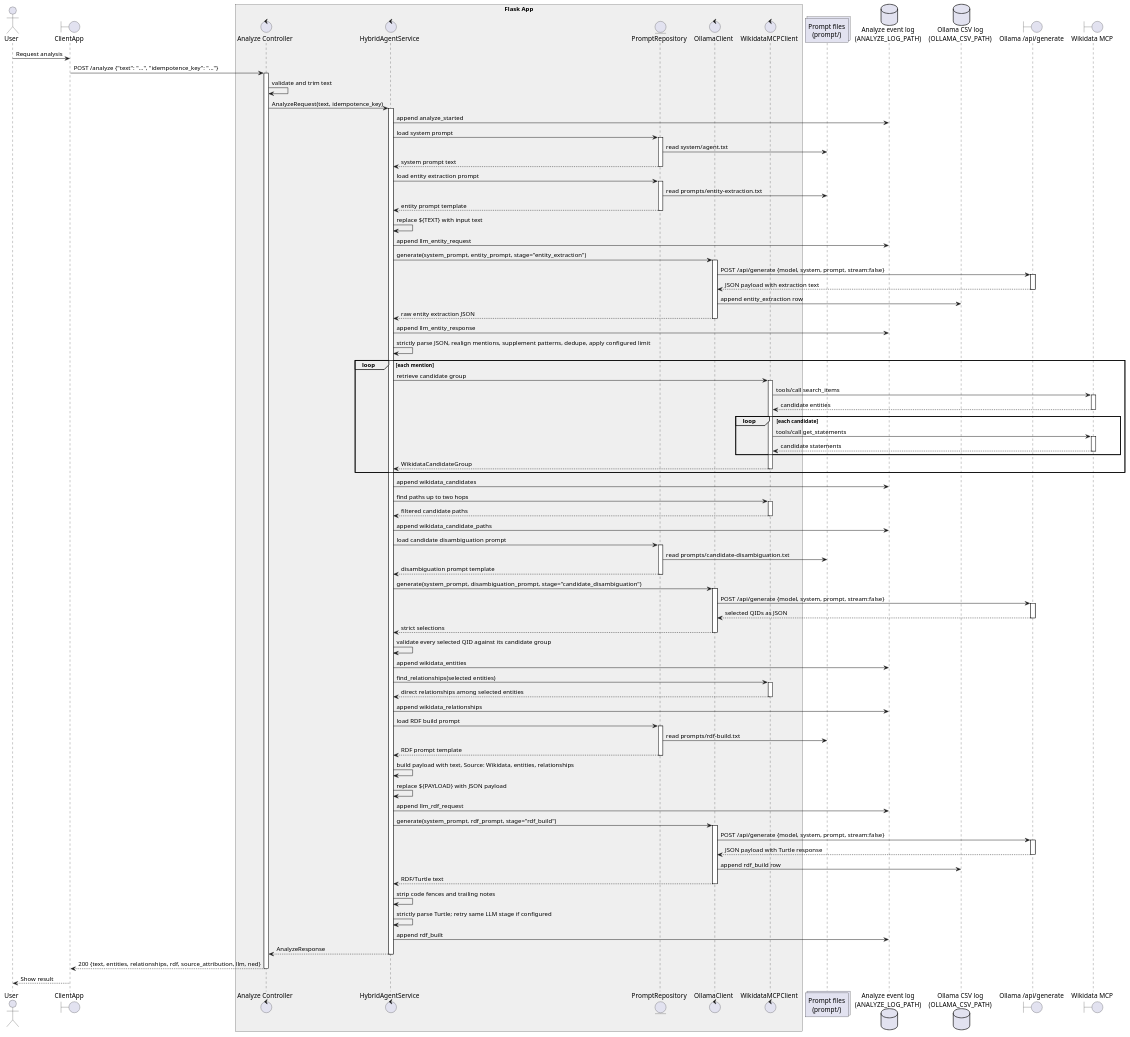
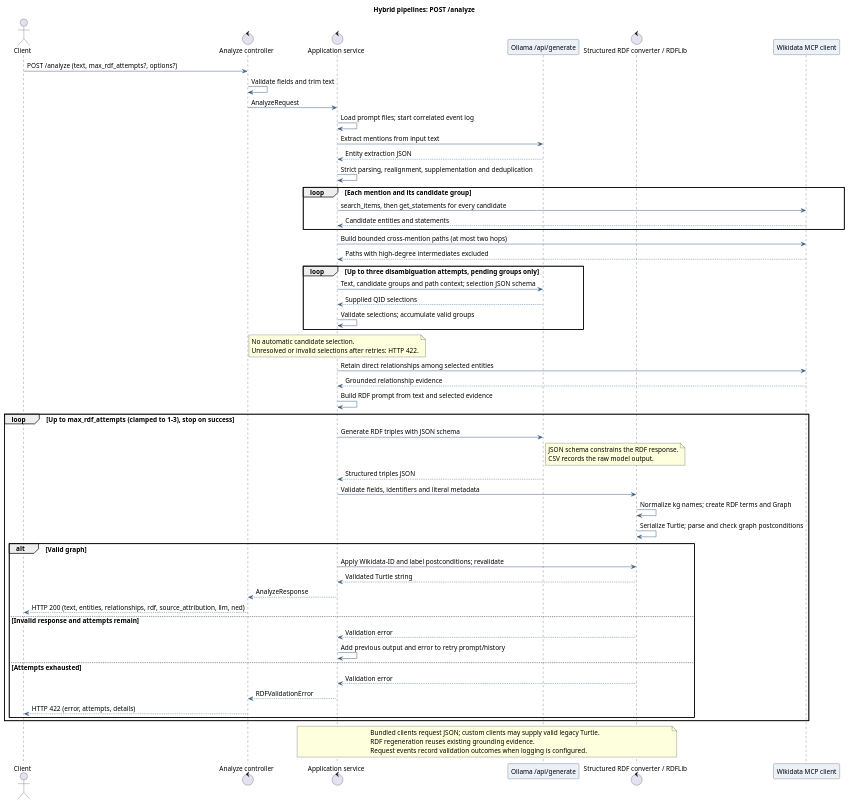
One commit to giovannabbottino/hybrid-pipelines changed the diagram in docs/seq/analyze.puml. Above: the diagram before and after it, drawn with PlantUML. The commit also changed 25 other files, not shown here.

Commit message:
feat: serialize structured RDF and refresh pipeline documentation

```diff
--- a/docs/seq/analyze.puml
+++ b/docs/seq/analyze.puml
@@ -1,98 +1,73 @@
 @startuml
-actor User
-boundary ClientApp as Client
+skinparam backgroundColor #FFFFFF
+skinparam shadowing false
+skinparam defaultFontName SansSerif
+skinparam defaultFontSize 14
+skinparam ArrowColor #375A7F
+skinparam sequenceParticipantBackgroundColor #EAF1F8
+skinparam activityBackgroundColor #EAF1F8
+skinparam activityBorderColor #375A7F
+skinparam activityDiamondBackgroundColor #FFF3D6
+title Hybrid pipelines: POST /analyze
+actor Client
+control "Analyze controller" as API
+control "Application service" as Service
+participant "Ollama /api/generate" as LLM
+control "Structured RDF converter / RDFLib" as RDF
+Client -> API: POST /analyze (text, max_rdf_attempts?, options?)
+API -> API: Validate fields and trim text
+API -> Service: AnalyzeRequest
+Service -> Service: Load prompt files; start correlated event log
+participant "Wikidata MCP client" as MCP
+Service -> LLM: Extract mentions from input text
+LLM --> Service: Entity extraction JSON
+Service -> Service: Strict parsing, realignment, supplementation and deduplication
+loop Each mention and its candidate group
+  Service -> MCP: search_items, then get_statements for every candidate
+  MCP --> Service: Candidate entities and statements
+end
+Service -> MCP: Build bounded cross-mention paths (at most two hops)
+MCP --> Service: Paths with high-degree intermediates excluded
+loop Up to three disambiguation attempts, pending groups only
+  Service -> LLM: Text, candidate groups and path context; selection JSON schema
+  LLM --> Service: Supplied QID selections
+  Service -> Service: Validate selections; accumulate valid groups
+end
+note over Service
+  No automatic candidate selection.
+  Unresolved or invalid selections after retries: HTTP 422.
+end note
+Service -> MCP: Retain direct relationships among selected entities
+MCP --> Service: Grounded relationship evidence
+Service -> Service: Build RDF prompt from text and selected evidence
 
-box "Flask App" #EFEFEF
-  control "Analyze Controller" as Controller
-  control "HybridAgentService" as Agent
-  entity "PromptRepository" as Repo
-  control "OllamaClient" as LLM
-  control "WikidataMCPClient" as WD
-end box
-
-collections "Prompt files\n(prompt/)" as PromptFiles
-database "Analyze event log\n(ANALYZE_LOG_PATH)" as EventLog
-database "Ollama CSV log\n(OLLAMA_CSV_PATH)" as CSV
-boundary "Ollama /api/generate" as Ollama
-boundary "Wikidata MCP" as Wikidata
-
-User -> Client: Request analysis
-Client -> Controller ++: POST /analyze {"text": "...", "idempotence_key": "..."}
-Controller -> Controller: validate and trim text
-Controller -> Agent ++: AnalyzeRequest(text, idempotence_key)
-
-Agent -> EventLog: append analyze_started
-
-Agent -> Repo ++: load system prompt
-Repo -> PromptFiles: read system/agent.txt
-Repo --> Agent --: system prompt text
-
-Agent -> Repo ++: load entity extraction prompt
-Repo -> PromptFiles: read prompts/entity-extraction.txt
-Repo --> Agent --: entity prompt template
-
-Agent -> Agent: replace ${TEXT} with input text
-Agent -> EventLog: append llm_entity_request
-
-Agent -> LLM ++: generate(system_prompt, entity_prompt, stage="entity_extraction")
-LLM -> Ollama ++: POST /api/generate {model, system, prompt, stream:false}
-Ollama --> LLM --: JSON payload with extraction text
-LLM -> CSV: append entity_extraction row
-LLM --> Agent --: raw entity extraction JSON
-
-Agent -> EventLog: append llm_entity_response
-Agent -> Agent: strictly parse JSON, realign mentions, supplement patterns, dedupe, apply configured limit
-
-loop each mention
-  Agent -> WD ++: retrieve candidate group
-  WD -> Wikidata ++: tools/call search_items
-  Wikidata --> WD --: candidate entities
-  loop each candidate
-    WD -> Wikidata ++: tools/call get_statements
-    Wikidata --> WD --: candidate statements
+loop Up to max_rdf_attempts (clamped to 1-3), stop on success
+  Service -> LLM: Generate RDF triples with JSON schema
+  note right of LLM
+    JSON schema constrains the RDF response.
+    CSV records the raw model output.
+  end note
+  LLM --> Service: Structured triples JSON
+  Service -> RDF: Validate fields, identifiers and literal metadata
+  RDF -> RDF: Normalize kg names; create RDF terms and Graph
+  RDF -> RDF: Serialize Turtle; parse and check graph postconditions
+  alt Valid graph
+    Service -> RDF: Apply Wikidata-ID and label postconditions; revalidate
+    RDF --> Service: Validated Turtle string
+    Service --> API: AnalyzeResponse
+    API --> Client: HTTP 200 (text, entities, relationships, rdf, source_attribution, llm, ned)
+  else Invalid response and attempts remain
+    RDF --> Service: Validation error
+    Service -> Service: Add previous output and error to retry prompt/history
+  else Attempts exhausted
+    RDF --> Service: Validation error
+    Service --> API: RDFValidationError
+    API --> Client: HTTP 422 (error, attempts, details)
   end
-  WD --> Agent --: WikidataCandidateGroup
 end
-
-Agent -> EventLog: append wikidata_candidates
-Agent -> WD ++: find paths up to two hops
-WD --> Agent --: filtered candidate paths
-Agent -> EventLog: append wikidata_candidate_paths
-
-Agent -> Repo ++: load candidate disambiguation prompt
-Repo -> PromptFiles: read prompts/candidate-disambiguation.txt
-Repo --> Agent --: disambiguation prompt template
-Agent -> LLM ++: generate(system_prompt, disambiguation_prompt, stage="candidate_disambiguation")
-LLM -> Ollama ++: POST /api/generate {model, system, prompt, stream:false}
-Ollama --> LLM --: selected QIDs as JSON
-LLM --> Agent --: strict selections
-Agent -> Agent: validate every selected QID against its candidate group
-Agent -> EventLog: append wikidata_entities
-
-Agent -> WD ++: find_relationships(selected entities)
-WD --> Agent --: direct relationships among selected entities
-Agent -> EventLog: append wikidata_relationships
-
-Agent -> Repo ++: load RDF build prompt
-Repo -> PromptFiles: read prompts/rdf-build.txt
-Repo --> Agent --: RDF prompt template
-
-Agent -> Agent: build payload with text, Source: Wikidata, entities, relationships
-Agent -> Agent: replace ${PAYLOAD} with JSON payload
-Agent -> EventLog: append llm_rdf_request
-
-Agent -> LLM ++: generate(system_prompt, rdf_prompt, stage="rdf_build")
-LLM -> Ollama ++: POST /api/generate {model, system, prompt, stream:false}
-Ollama --> LLM --: JSON payload with Turtle response
-LLM -> CSV: append rdf_build row
-LLM --> Agent --: RDF/Turtle text
-
-Agent -> Agent: strip code fences and trailing notes
-Agent -> Agent: strictly parse Turtle; retry same LLM stage if configured
-Agent -> EventLog: append rdf_built
-
-Agent --> Controller --: AnalyzeResponse
-Controller --> Client --: 200 {text, entities, relationships, rdf, source_attribution, llm, ned}
-Client --> User: Show result
-
+note over Service, RDF
+  Bundled clients request JSON; custom clients may supply valid legacy Turtle.
+  RDF regeneration reuses existing grounding evidence.
+  Request events record validation outcomes when logging is configured.
+end note
 @enduml
```
